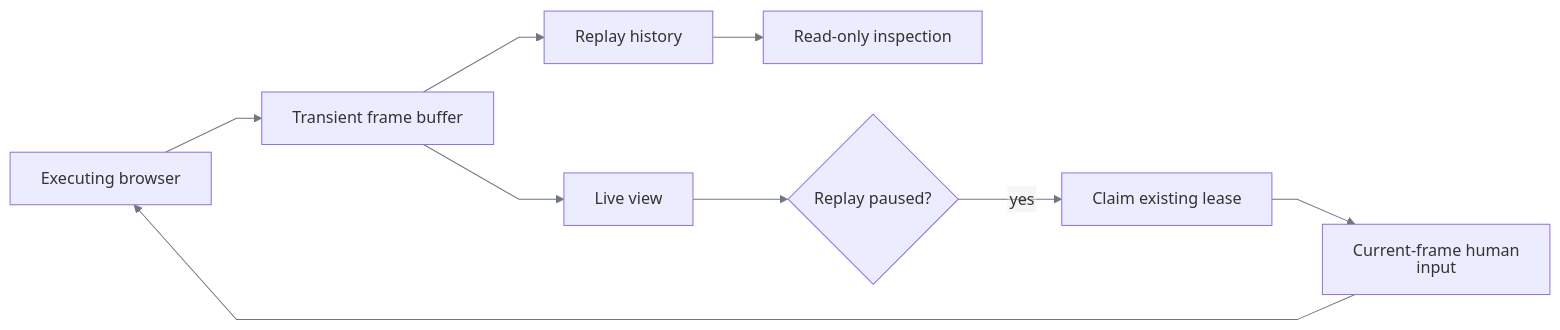
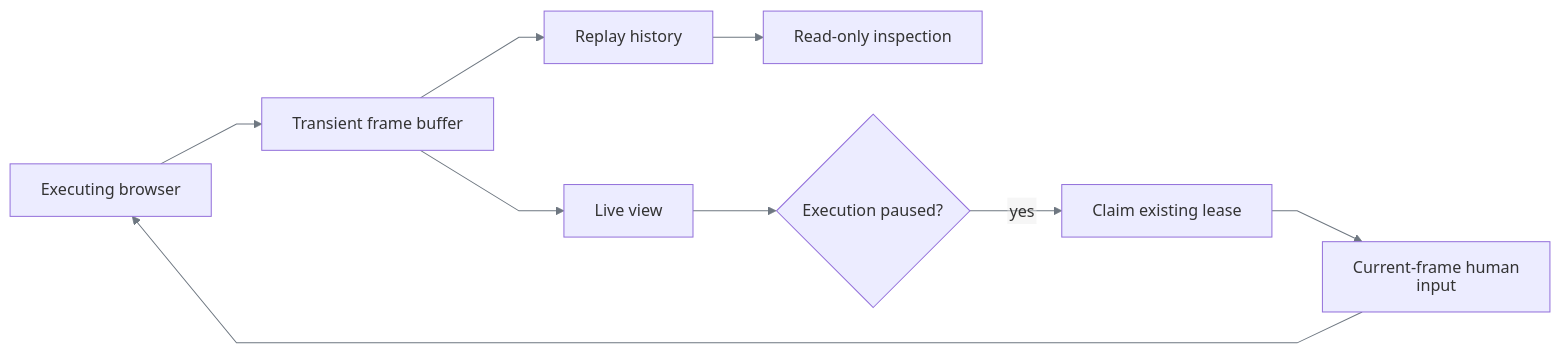
One commit to SivaTSS/replay-forge changed the diagram in docs/live-viewing.md. Above: the diagram before and after it, drawn with Mermaid. The commit also changed other lines of this file and 23 other files, not shown here.

````diff
--- a/docs/live-viewing.md
+++ b/docs/live-viewing.md
@@ -24,12 +24,12 @@
 ```mermaid
 %%{init: {"htmlLabels":false,"themeVariables":{"lineColor":"#6E7781","signalColor":"#6E7781"},"flowchart":{"curve":"linear"},"sequence":{"wrap":true}}}%%
 flowchart LR
     E[Executing browser] --> F[Transient frame buffer]
     F --> L[Live view]
     F --> H[Replay history]
     H --> R[Read-only inspection]
-    L --> P{Replay paused?}
+    L --> P{Execution paused?}
     P -- yes --> C[Claim existing lease]
     C --> I[Current-frame human input]
     I --> E
 ```
````
